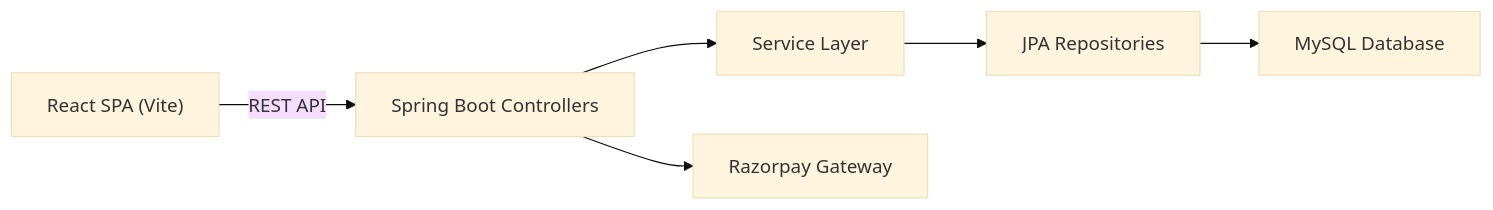
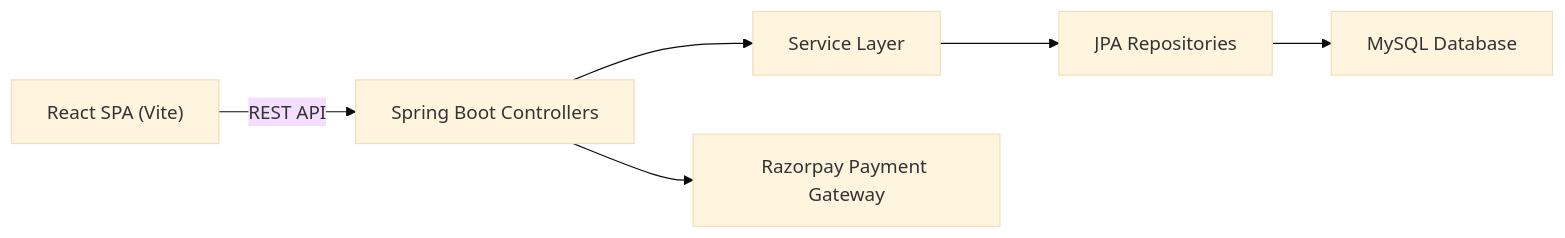
The first of 7 diagrams in README.md (annnuuupam/NexCart), drawn with Mermaid (base theme) before and after one commit. The commit also changed other lines of this file, not shown here.

````diff
--- a/README.md
+++ b/README.md
@@ -42,8 +72,8 @@
 ```mermaid
 flowchart LR
   UI["React SPA (Vite)"] -->|REST API| API["Spring Boot Controllers"]
   API --> SVC["Service Layer"]
   SVC --> JPA["JPA Repositories"]
   JPA --> DB["MySQL Database"]
-  API --> PAY["Razorpay Gateway"]
+  API --> PAY["Razorpay Payment Gateway"]
 ```
````
